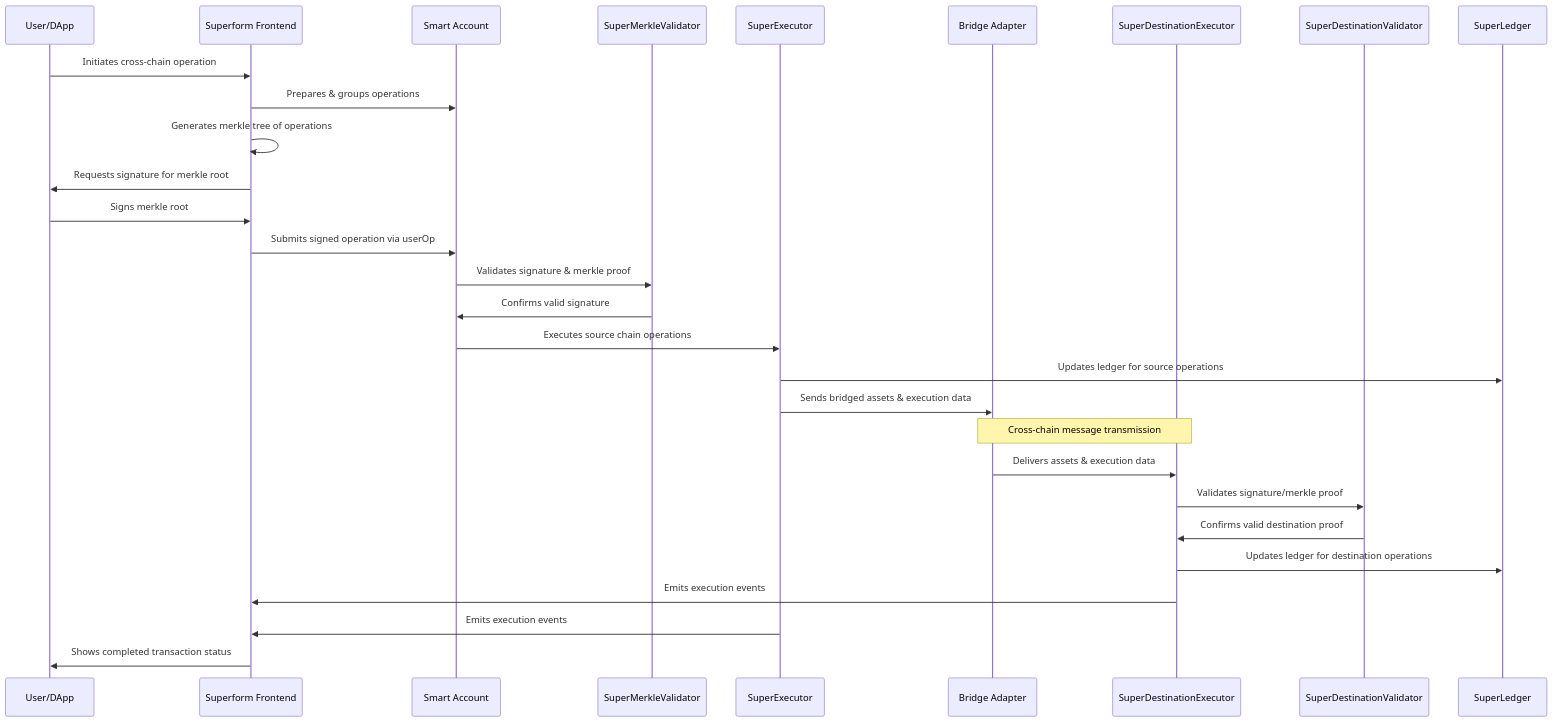
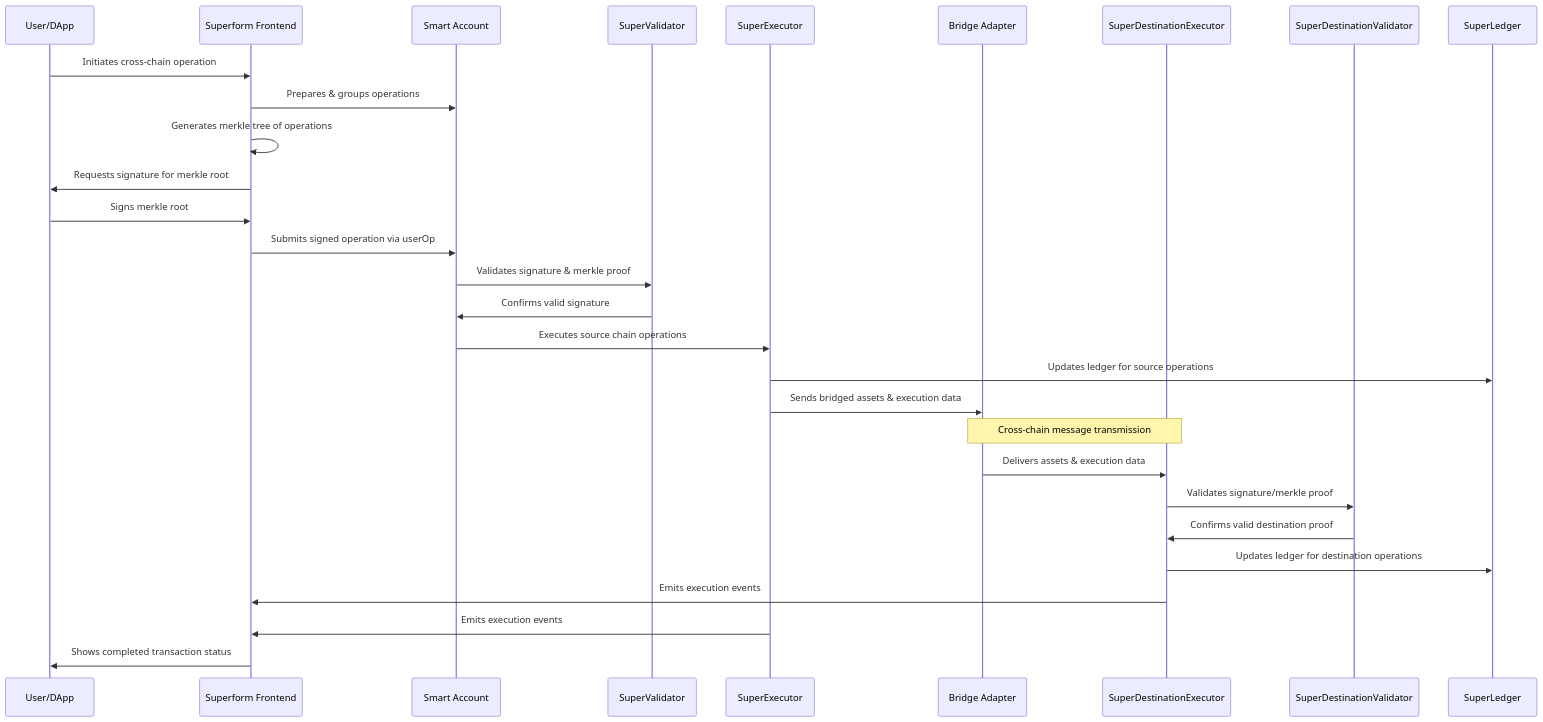
The second of 3 diagrams in README.md (superform-xyz/v2-core), drawn with Mermaid before and after one commit. The commit also changed other lines of this file and 17 other files, not shown here.

Commit message:
chore: rename for SuperMerkleValidator

````diff
--- a/README.md
+++ b/README.md
@@ -72,37 +72,37 @@
 ```mermaid
 sequenceDiagram
     participant User as User/DApp
     participant Frontend as Superform Frontend
     participant SmartAccount as Smart Account
-    participant SuperMerkle as SuperMerkleValidator
+    participant SuperMerkle as SuperValidator
     participant SuperExecutor as SuperExecutor
     participant Bridge as Bridge Adapter
     participant DestExecutor as SuperDestinationExecutor
     participant DestValidator as SuperDestinationValidator
     participant Accounting as SuperLedger
 
     User->>Frontend: Initiates cross-chain operation
     Frontend->>SmartAccount: Prepares & groups operations
     Frontend->>Frontend: Generates merkle tree of operations
     Frontend->>User: Requests signature for merkle root
     User->>Frontend: Signs merkle root
     
     Frontend->>SmartAccount: Submits signed operation via userOp
     SmartAccount->>SuperMerkle: Validates signature & merkle proof
     SuperMerkle->>SmartAccount: Confirms valid signature
     
     SmartAccount->>SuperExecutor: Executes source chain operations
     SuperExecutor->>Accounting: Updates ledger for source operations
     SuperExecutor->>Bridge: Sends bridged assets & execution data
     
     Note over Bridge,DestExecutor: Cross-chain message transmission
     
     Bridge->>DestExecutor: Delivers assets & execution data
     DestExecutor->>DestValidator: Validates signature/merkle proof
     DestValidator->>DestExecutor: Confirms valid destination proof
     DestExecutor->>Accounting: Updates ledger for destination operations
     
     DestExecutor->>Frontend: Emits execution events
     SuperExecutor->>Frontend: Emits execution events
     Frontend->>User: Shows completed transaction status
 ```
````
